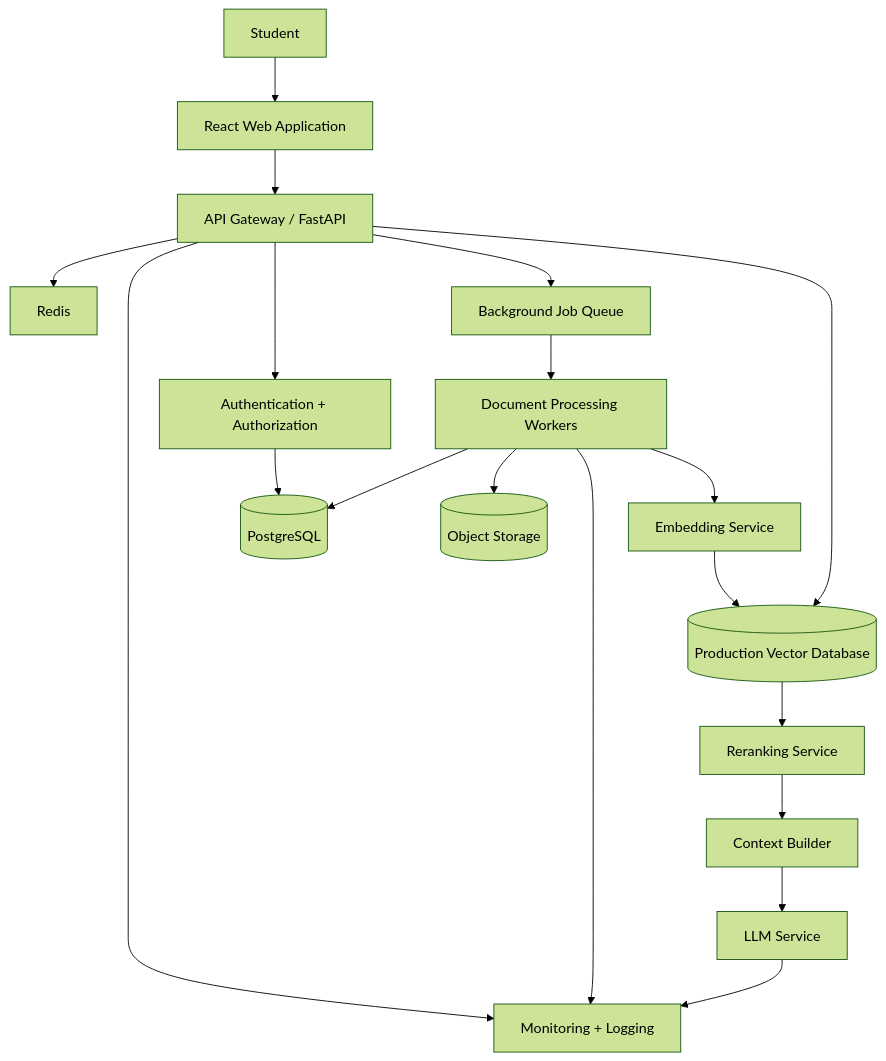
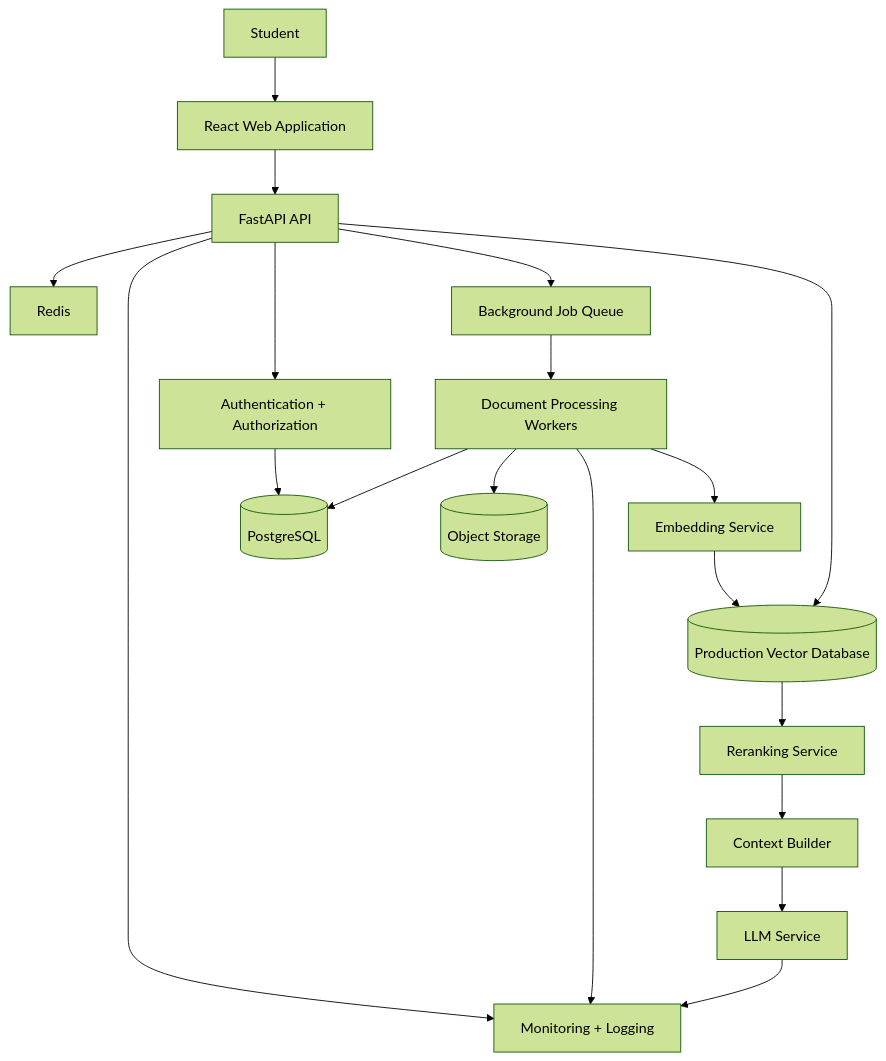
Diagram 13 of 15 in README.md (NAITIKK682/ProfessorMindAI), drawn with Mermaid (forest theme) before and after one commit. The commit also changed other lines of this file, not shown here.

````diff
--- a/README.md
+++ b/README.md
@@ -2936,56 +3296,45 @@
 ```mermaid
 flowchart TB
 
     USER[Student]
-
     WEB[React Web Application]
-
-    API[API Gateway / FastAPI]
-
+    API[FastAPI API]
     AUTH[Authentication + Authorization]
-
     CACHE[Redis]
-
     QUEUE[Background Job Queue]
-
     PROCESSOR[Document Processing Workers]
-
     EMBEDDING[Embedding Service]
-
     VECTOR[(Production Vector Database)]
-
     DB[(PostgreSQL)]
-
     OBJECT[(Object Storage)]
-
     RERANK[Reranking Service]
-
     CONTEXT[Context Builder]
-
     LLM[LLM Service]
-
     MONITOR[Monitoring + Logging]
 
     USER --> WEB
     WEB --> API
+
     API --> AUTH
     AUTH --> DB
 
     API --> CACHE
     API --> QUEUE
 
     QUEUE --> PROCESSOR
+
     PROCESSOR --> OBJECT
     PROCESSOR --> EMBEDDING
+    PROCESSOR --> DB
+
     EMBEDDING --> VECTOR
-    PROCESSOR --> DB
 
     API --> VECTOR
     VECTOR --> RERANK
     RERANK --> CONTEXT
     CONTEXT --> LLM
 
     API --> MONITOR
     PROCESSOR --> MONITOR
     LLM --> MONITOR
 ```
````
